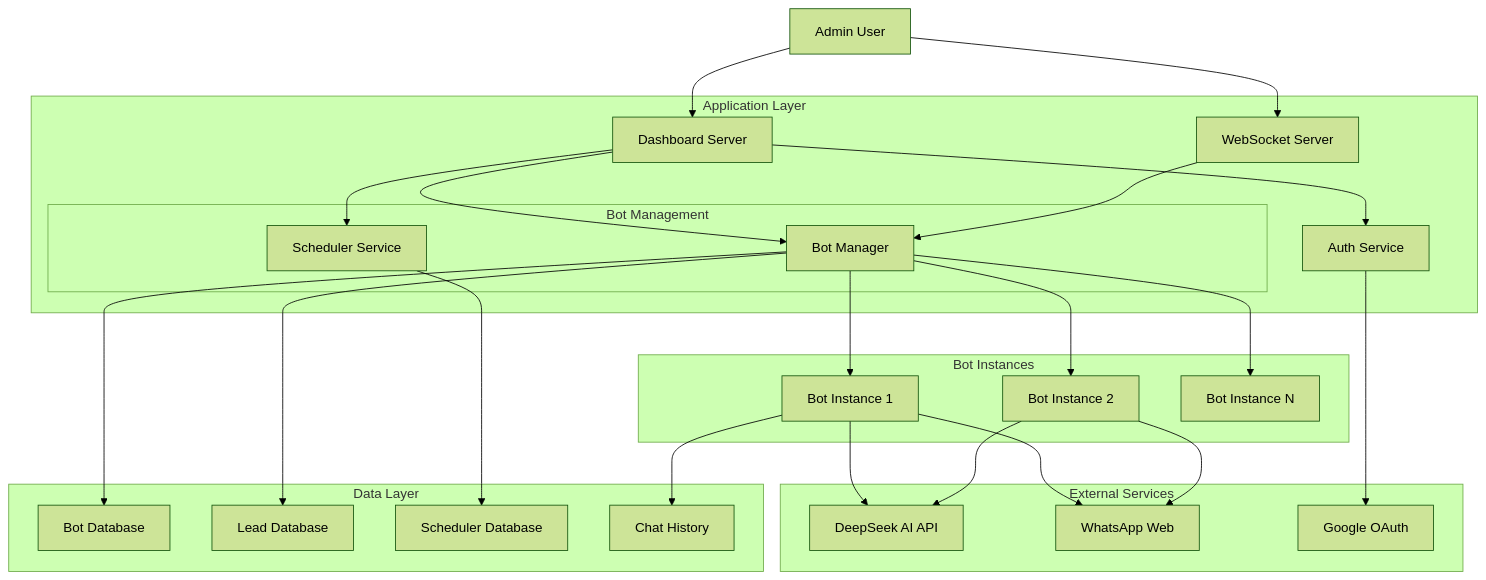
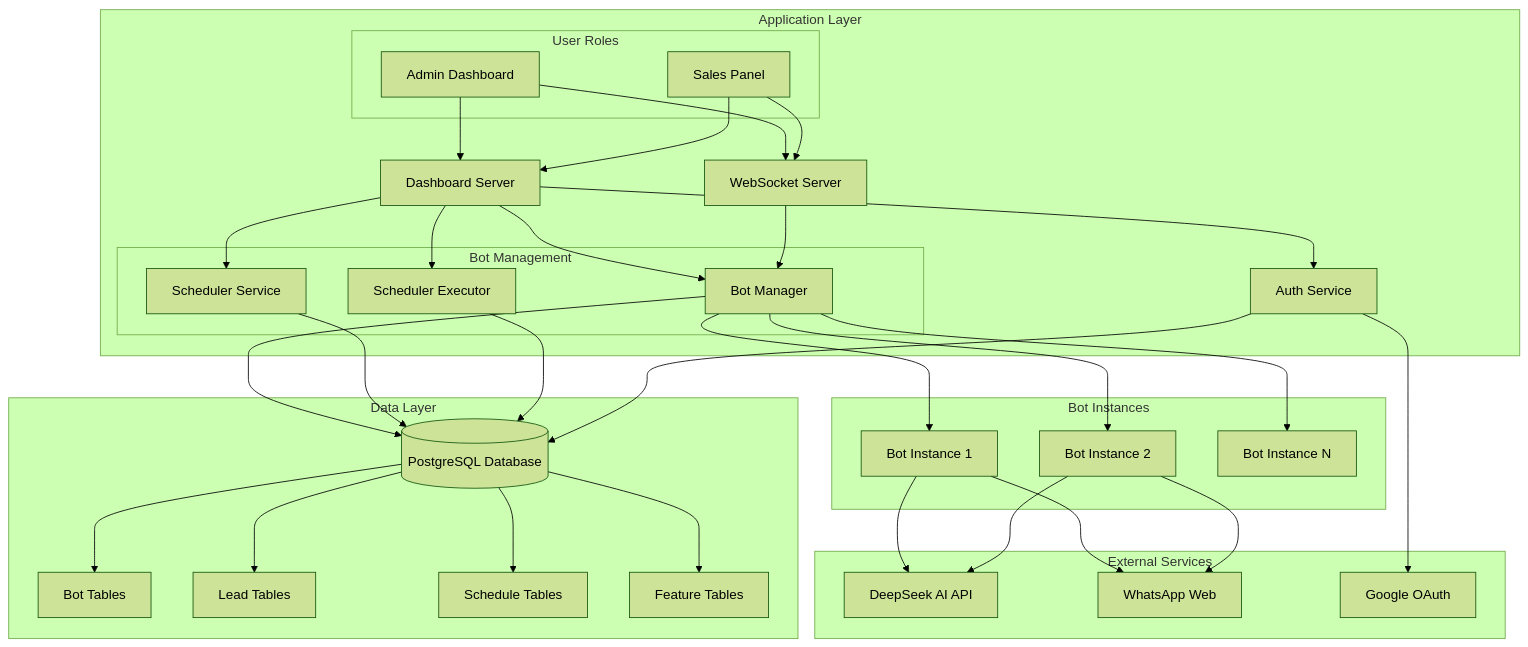
Before and after one commit to da4vid864/botinteligente: the first of 6 diagrams in technical_architecture.md, drawn with Mermaid (forest theme). The commit also changed other lines of this file and 6 other files, not shown here.

````diff
--- a/technical_architecture.md
+++ b/technical_architecture.md
@@ -40,51 +41,66 @@
 ```mermaid
 graph TB
     subgraph "External Services"
         DS[DeepSeek AI API]
         WA[WhatsApp Web]
         GOOG[Google OAuth]
     end
 
     subgraph "Application Layer"
         DASH[Dashboard Server]
         WS[WebSocket Server]
         AUTH[Auth Service]
         
         subgraph "Bot Management"
             BM[Bot Manager]
             SCHED[Scheduler Service]
+            SCHEDEXEC[Scheduler Executor]
+        end
+        
+        subgraph "User Roles"
+            ADMIN[Admin Dashboard]
+            VENDOR[Sales Panel]
         end
     end
 
     subgraph "Data Layer"
-        BOTDB[Bot Database]
-        LEADDB[Lead Database]
-        SCHEDDB[Scheduler Database]
-        CHATDB[Chat History]
+        DB[(PostgreSQL Database)]
+        BOTDB[Bot Tables]
+        LEADDB[Lead Tables]
+        SCHEDDB[Schedule Tables]
+        FEATDB[Feature Tables]
     end
 
     subgraph "Bot Instances"
         BOT1[Bot Instance 1]
         BOT2[Bot Instance 2]
         BOTN[Bot Instance N]
     end
 
-    USER[Admin User] --> DASH
-    USER --> WS
+    ADMIN --> DASH
+    VENDOR --> DASH
+    ADMIN --> WS
+    VENDOR --> WS
     DASH --> BM
     DASH --> AUTH
     DASH --> SCHED
+    DASH --> SCHEDEXEC
     WS --> BM
     BM --> BOT1
     BM --> BOT2
     BM --> BOTN
     BOT1 --> WA
     BOT1 --> DS
     BOT2 --> WA
     BOT2 --> DS
     AUTH --> GOOG
-    BM --> BOTDB
-    BM --> LEADDB
-    SCHED --> SCHEDDB
-    BOT1 --> CHATDB
+    BM --> DB
+    SCHED --> DB
+    SCHEDEXEC --> DB
+    AUTH --> DB
+    
+    DB --> BOTDB
+    DB --> LEADDB
+    DB --> SCHEDDB
+    DB --> FEATDB
 ```
````
